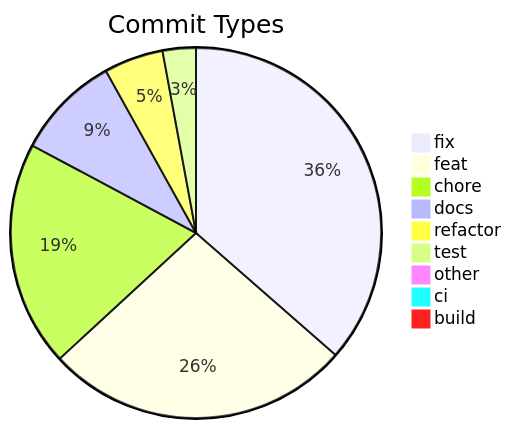
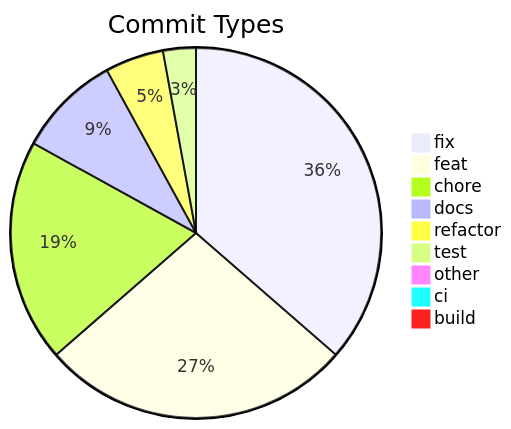
One commit to svenroth-ai/shipwright-webui changed the diagram in .shipwright/compliance/change-history.md. Above: the diagram before and after it, drawn with Mermaid. The commit also changed other lines of this file and 20 other files, not shown here.

````diff
--- a/.shipwright/compliance/change-history.md
+++ b/.shipwright/compliance/change-history.md
@@ -8,12 +8,12 @@
 ```mermaid
 pie title Commit Types
-    "fix" : 176
-    "feat" : 129
+    "fix" : 178
+    "feat" : 133
     "chore" : 95
     "docs" : 44
     "refactor" : 25
     "test" : 14
     "other" : 4
     "ci" : 3
     "build" : 1
 ```
````
